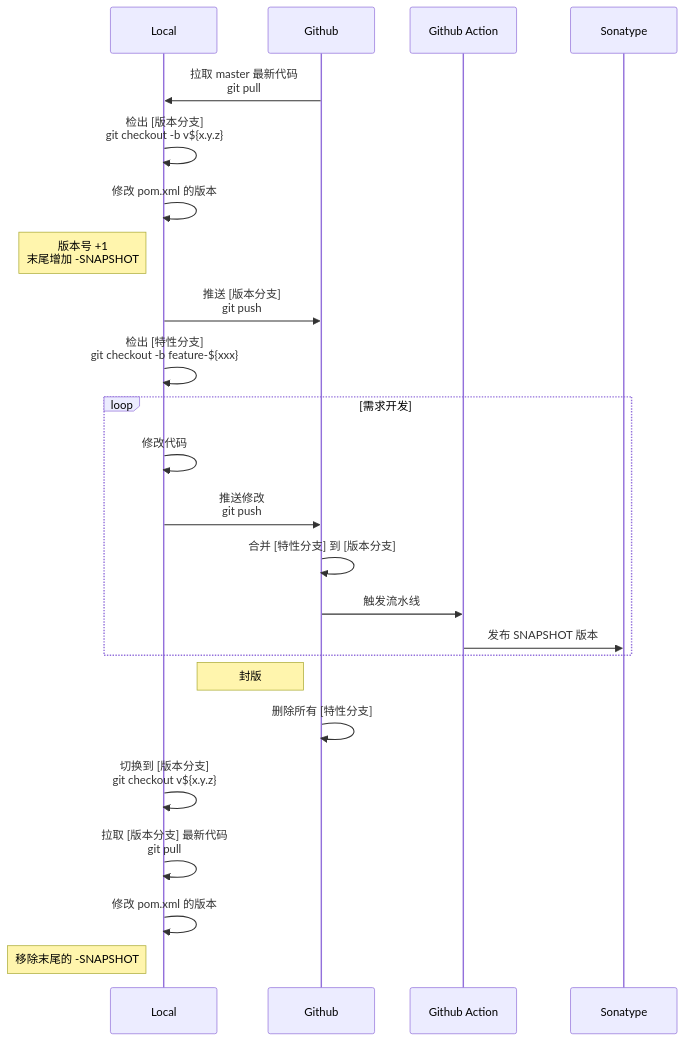
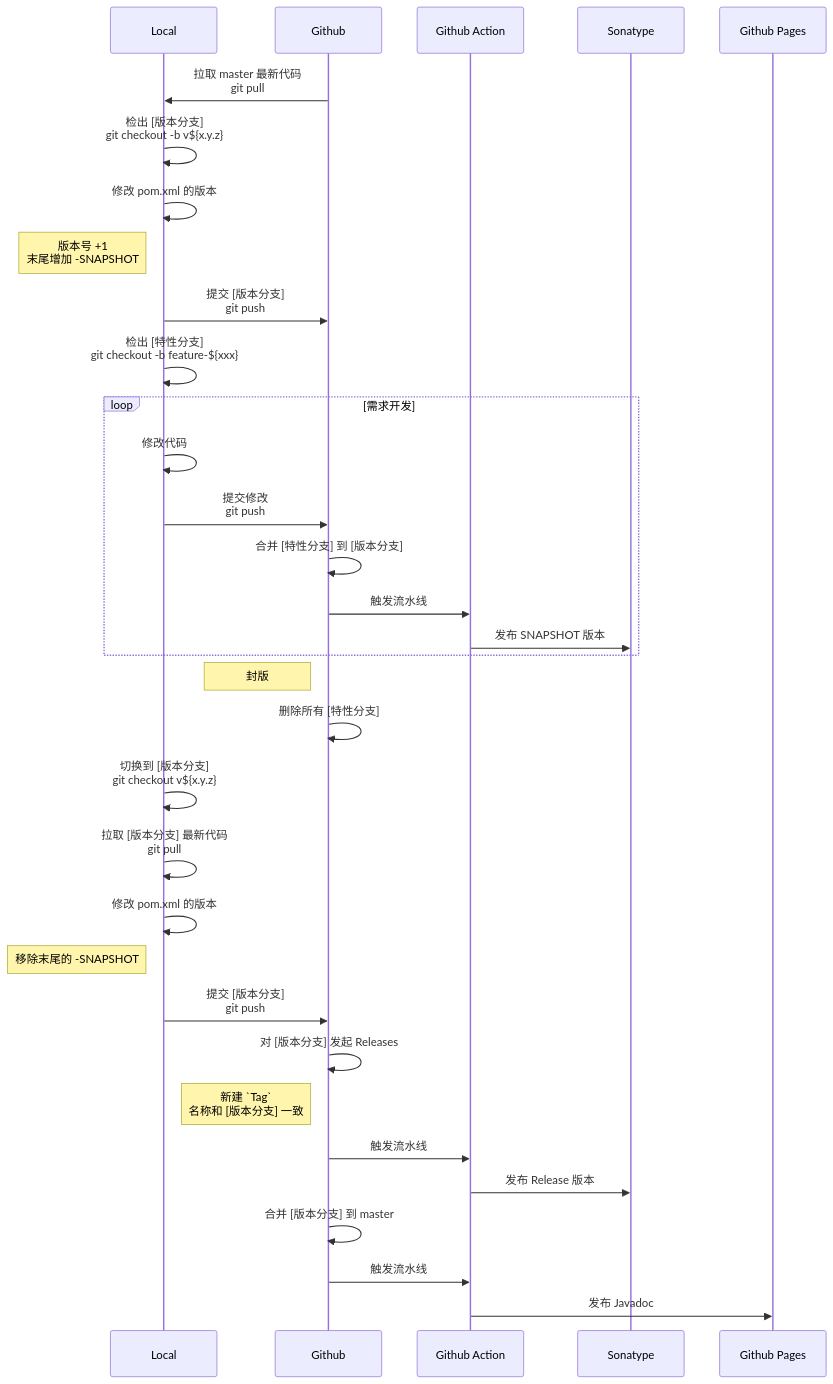
Before and after one commit to EXP-Codes/exp-libs-refactor: the diagram in DevSOP.md, drawn with Mermaid. The commit also changed other lines of this file, not shown here.

Commit message:
新增发布流水线示意图

````diff
--- a/DevSOP.md
+++ b/DevSOP.md
@@ -27,26 +27,35 @@
 ```mermaid
 sequenceDiagram
     participant Local
     participant Github
     participant Github Action
     participant Sonatype
+    participant Github Pages
     Github->>Local: 拉取 master 最新代码<br/>git pull
     Local->>Local: 检出 [版本分支]<br/>git checkout -b v${x.y.z}
     Local->>Local: 修改 pom.xml 的版本
     Note left of Local: 版本号 +1<br/>末尾增加 -SNAPSHOT
-    Local->>Github: 推送 [版本分支]<br/>git push
+    Local->>Github: 提交 [版本分支]<br/>git push
     Local->>Local: 检出 [特性分支]<br/>git checkout -b feature-${xxx}
     loop 需求开发
         Local->>Local: 修改代码
-        Local->>Github: 推送修改<br/>git push
+        Local->>Github: 提交修改<br/>git push
         Github->>Github: 合并 [特性分支] 到 [版本分支]
         Github->>Github Action: 触发流水线
         Github Action->>Sonatype: 发布 SNAPSHOT 版本
     end
     Note left of Github: 封版
     Github->>Github: 删除所有 [特性分支]
     Local->>Local: 切换到 [版本分支]<br/>git checkout v${x.y.z}
     Local->>Local: 拉取 [版本分支] 最新代码<br/>git pull
     Local->>Local: 修改 pom.xml 的版本
     Note left of Local: 移除末尾的 -SNAPSHOT
+    Local->>Github: 提交 [版本分支]<br/>git push
+    Github->>Github: 对 [版本分支] 发起 Releases
+    Note left of Github: 新建 `Tag`<br/>名称和 [版本分支] 一致
+    Github->>Github Action: 触发流水线
+    Github Action->>Sonatype: 发布 Release 版本
+    Github->>Github: 合并 [版本分支] 到 master
+    Github->>Github Action: 触发流水线
+    Github Action->>Github Pages: 发布 Javadoc
 ```
````
